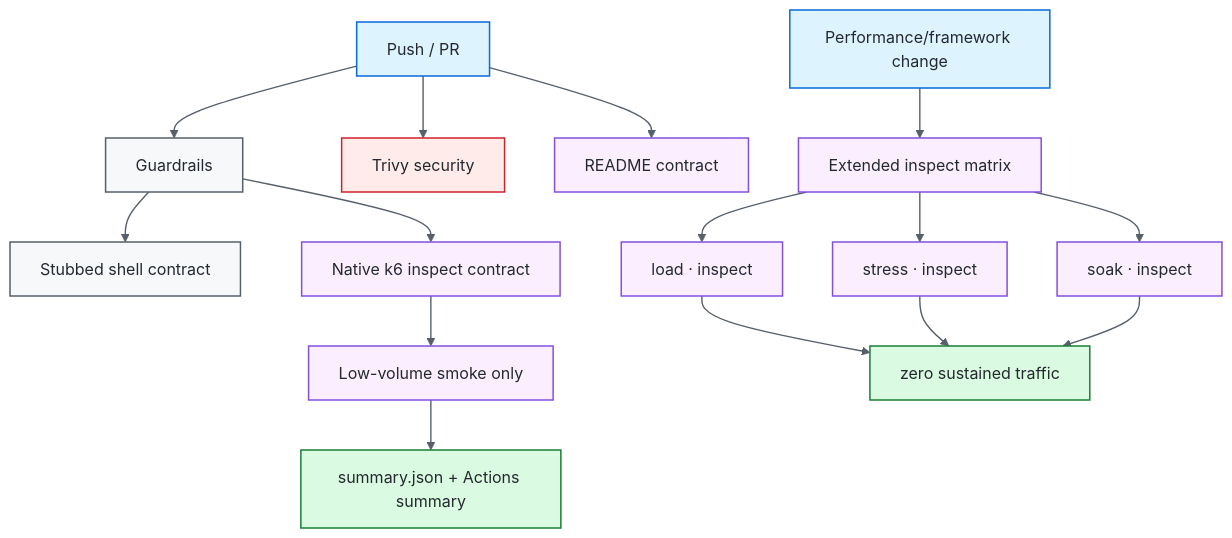
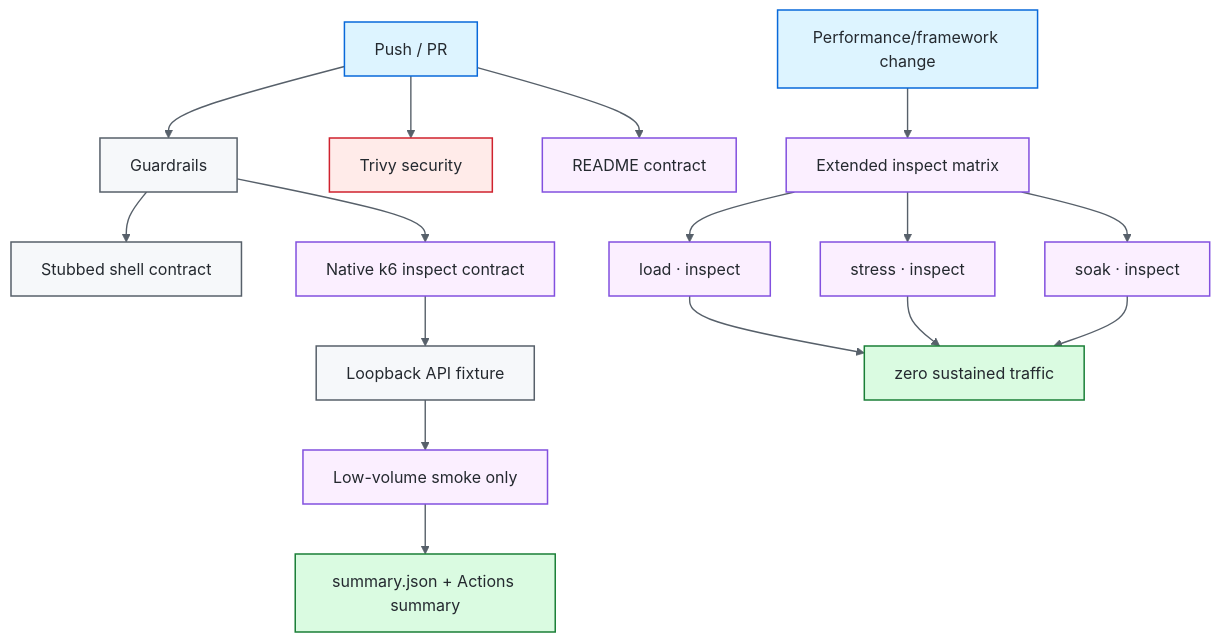
One commit to portyu9/qa-automation-load-k6 changed the third of 3 diagrams in README.md. Above: the diagram before and after it, drawn with Mermaid (base theme). The commit also changed other lines of this file, not shown here.

Commit message:
Document deterministic k6 smoke target ownership

````diff
--- a/README.md
+++ b/README.md
@@ -372,29 +399,30 @@
 ```mermaid
 flowchart TD
     PR[Push / PR] --> G[Guardrails]
     G --> SHELL[Stubbed shell contract]
     G --> INSPECT[Native k6 inspect contract]
-    INSPECT --> SMOKE[Low-volume smoke only]
+    INSPECT --> FIXTURE[Loopback API fixture]
+    FIXTURE --> SMOKE[Low-volume smoke only]
     PR --> SEC[Trivy security]
     PR --> DOCS[README contract]
     CHANGE[Performance/framework change] --> EXT[Extended inspect matrix]
     EXT --> L[load · inspect]
     EXT --> ST[stress · inspect]
     EXT --> SO[soak · inspect]
     SMOKE --> EV[summary.json + Actions summary]
     L --> ZERO[zero sustained traffic]
     ST --> ZERO
     SO --> ZERO
 
     classDef entry fill:#ddf4ff,stroke:#0969da,color:#24292f,stroke-width:1.5px;
     classDef core fill:#f6f8fa,stroke:#57606a,color:#24292f,stroke-width:1.5px;
     classDef gate fill:#fbefff,stroke:#8250df,color:#24292f,stroke-width:1.5px;
     classDef evidence fill:#dafbe1,stroke:#1a7f37,color:#24292f,stroke-width:1.5px;
     classDef security fill:#ffebe9,stroke:#cf222e,color:#24292f,stroke-width:1.5px;
     class PR,CHANGE entry;
-    class G,SHELL core;
+    class G,SHELL,FIXTURE core;
     class INSPECT,SMOKE,EXT,L,ST,SO,DOCS gate;
     class SEC security;
     class EV,ZERO evidence;
     linkStyle default stroke:#57606a,stroke-width:1.4px;
 ```
````
